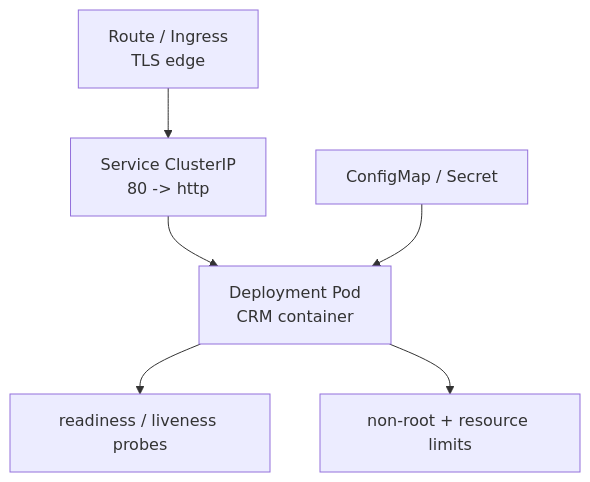
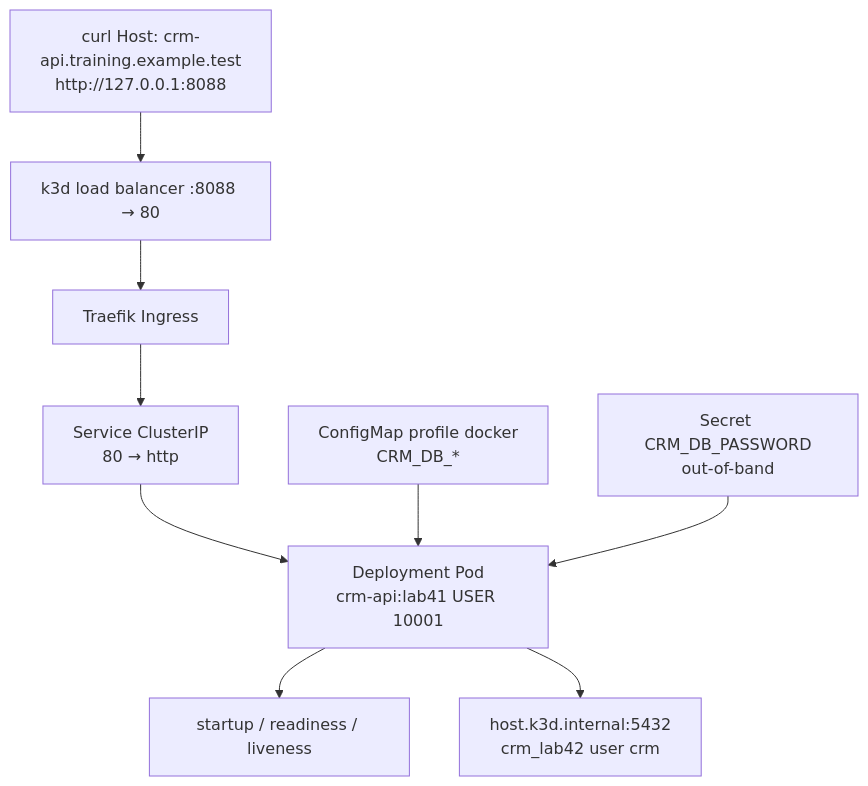
Before and after one commit to Innovation-In-Software/bc-sw-engineer-java-participant: the diagram in labs/Week 5 - DevOps, CI-CD and OpenShift/module-42/lab42/LAB-42-GUIDE.md, drawn with Mermaid. The commit also changed other lines of this file and 24 other files, not shown here.

````diff
--- a/labs/Week 5 - DevOps, CI-CD and OpenShift/module-42/lab42/LAB-42-GUIDE.md
+++ b/labs/Week 5 - DevOps, CI-CD and OpenShift/module-42/lab42/LAB-42-GUIDE.md
@@ -118,8 +141,11 @@
 ```mermaid
 flowchart TB
-  Ing["Route / Ingress<br/>TLS edge"] --> Svc["Service ClusterIP<br/>80 -> http"]
-  Svc --> Pod["Deployment Pod<br/>CRM container"]
-  Pod --> Ready["readiness / liveness probes"]
-  Pod --> Sec["non-root + resource limits"]
-  Cfg["ConfigMap / Secret"] --> Pod
+  Curl["curl Host: crm-api.training.example.test<br/>http://127.0.0.1:8088"] --> LB["k3d load balancer :8088 → 80"]
+  LB --> Ing["Traefik Ingress"]
+  Ing --> Svc["Service ClusterIP<br/>80 → http"]
+  Svc --> Pod["Deployment Pod<br/>crm-api:lab41 USER 10001"]
+  Pod --> Ready["startup / readiness / liveness"]
+  Cfg["ConfigMap profile docker<br/>CRM_DB_*"] --> Pod
+  Sec["Secret CRM_DB_PASSWORD<br/>out-of-band"] --> Pod
+  Pod --> Pg["host.k3d.internal:5432<br/>crm_lab42 user crm"]
 ```
````
